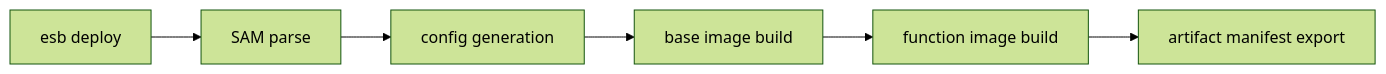
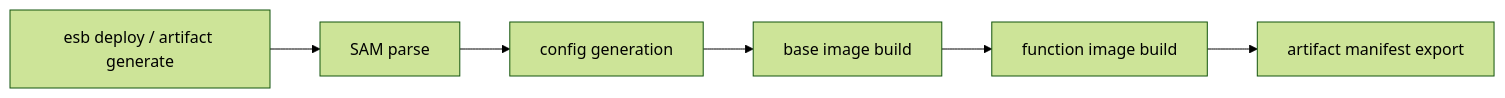
One commit to poruru-code/esb-cli changed the second of 3 diagrams in docs/container-management.md. Above: the diagram before and after it, drawn with Mermaid (forest theme). The commit also changed other lines of this file and 30 other files, not shown here.

````diff
--- a/docs/container-management.md
+++ b/docs/container-management.md
@@ -38,8 +37,8 @@
 ```mermaid
 flowchart LR
-    A[esb deploy] --> B[SAM parse]
+    A[esb deploy / artifact generate] --> B[SAM parse]
     B --> C[config generation]
     C --> D[base image build]
     D --> E[function image build]
     E --> F[artifact manifest export]
 ```
````
